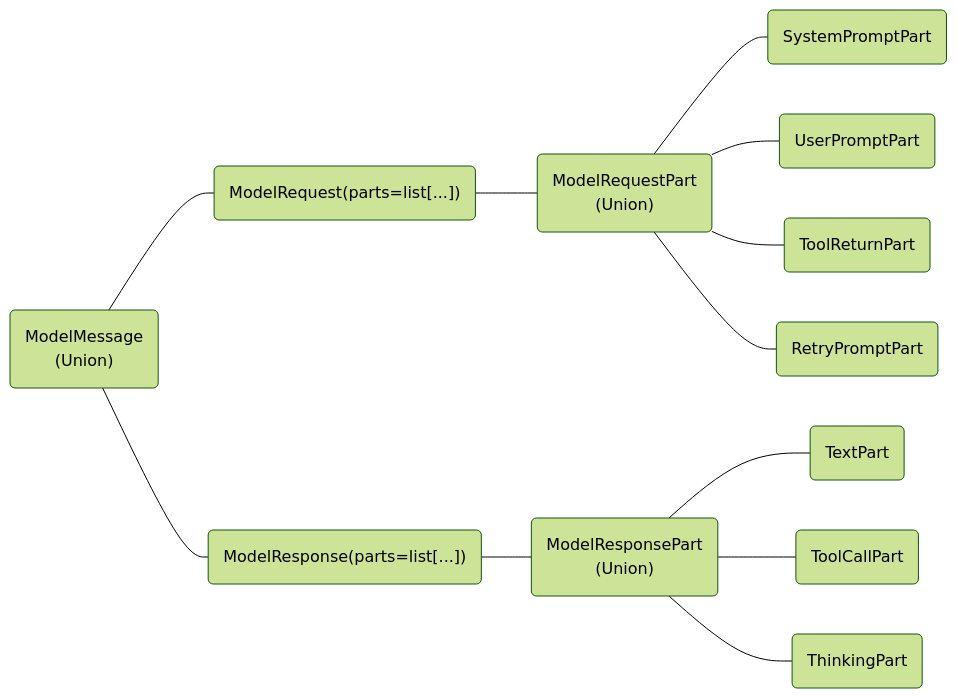
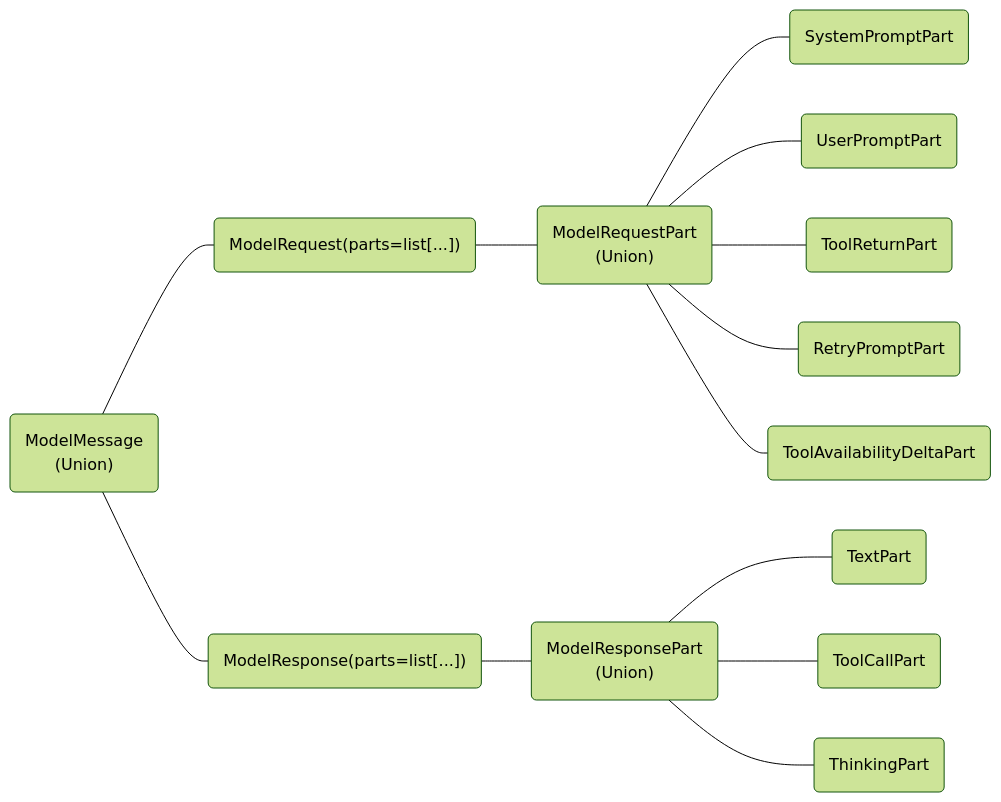
Before and after one commit to pydantic/pydantic-ai: the diagram in docs/api/messages.md, drawn with Mermaid (forest theme). The commit also changed other lines of this file and 25 other files, not shown here.

Commit message:
Add `ToolAvailabilityDeltaPart` for tool-set changes

````diff
--- a/docs/api/messages.md
+++ b/docs/api/messages.md
@@ -5,14 +5,15 @@
 ```mermaid
 graph RL
     SystemPromptPart(SystemPromptPart) --- ModelRequestPart
     UserPromptPart(UserPromptPart) --- ModelRequestPart
     ToolReturnPart(ToolReturnPart) --- ModelRequestPart
     RetryPromptPart(RetryPromptPart) --- ModelRequestPart
+    ToolAvailabilityDeltaPart(ToolAvailabilityDeltaPart) --- ModelRequestPart
     TextPart(TextPart) --- ModelResponsePart
     ToolCallPart(ToolCallPart) --- ModelResponsePart
     ThinkingPart(ThinkingPart) --- ModelResponsePart
     ModelRequestPart("ModelRequestPart<br>(Union)") --- ModelRequest
     ModelRequest("ModelRequest(parts=list[...])") --- ModelMessage
     ModelResponsePart("ModelResponsePart<br>(Union)") --- ModelResponse
     ModelResponse("ModelResponse(parts=list[...])") --- ModelMessage("ModelMessage<br>(Union)")
 ```
````
